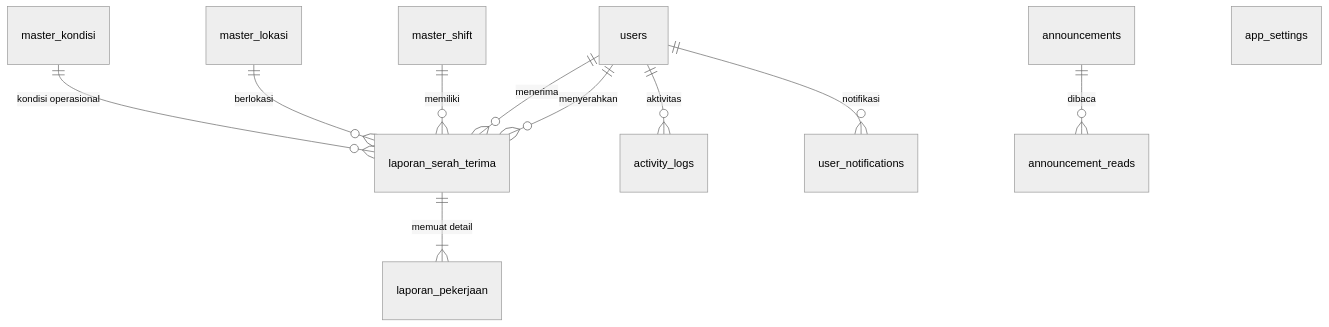
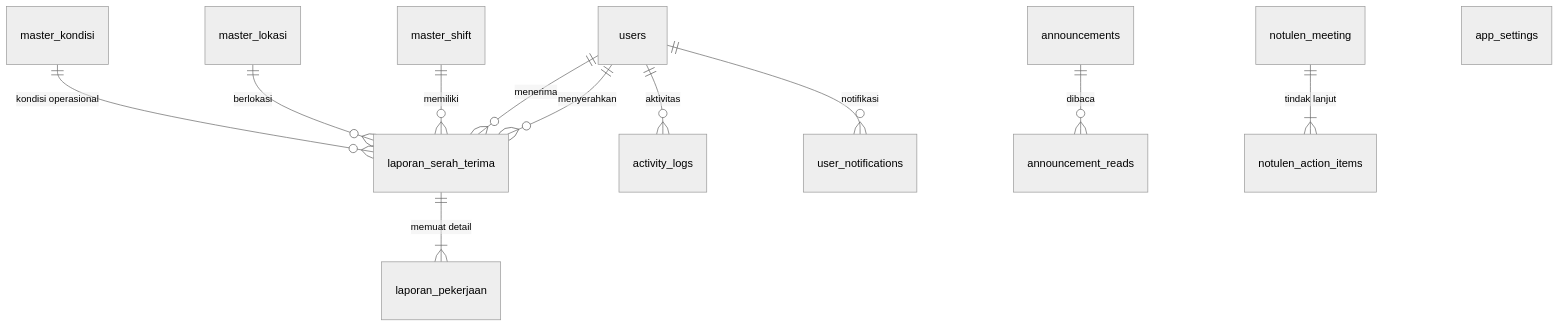
One commit to frambudi75/shift-handover changed the diagram in docs/database.md. Above: the diagram before and after it, drawn with Mermaid (neutral theme). The commit also changed other lines of this file and 4 other files, not shown here.

Commit message:
feat(rekap): add monthly analytics, trend charts, Excel export, and sync v2.9.0 LTS technical docs

````diff
--- a/docs/database.md
+++ b/docs/database.md
@@ -6,13 +6,14 @@
 ```mermaid
 erDiagram
     users ||--o{ laporan_serah_terima : "menyerahkan"
     users ||--o{ laporan_serah_terima : "menerima"
     master_shift ||--o{ laporan_serah_terima : "memiliki"
     master_lokasi ||--o{ laporan_serah_terima : "berlokasi"
     laporan_serah_terima ||--|{ laporan_pekerjaan : "memuat detail"
     master_kondisi ||--o{ laporan_serah_terima : "kondisi operasional"
     users ||--o{ activity_logs : "aktivitas"
     users ||--o{ user_notifications : "notifikasi"
     announcements ||--o{ announcement_reads : "dibaca"
+    notulen_meeting ||--|{ notulen_action_items : "tindak lanjut"
     app_settings
 ```
````
